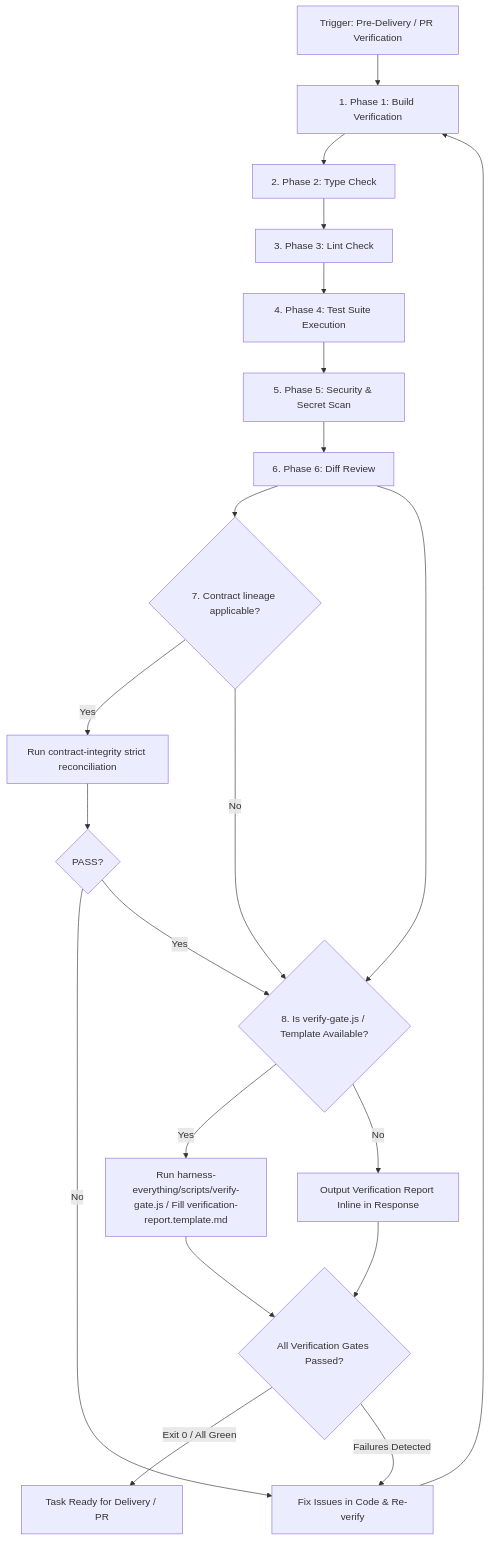
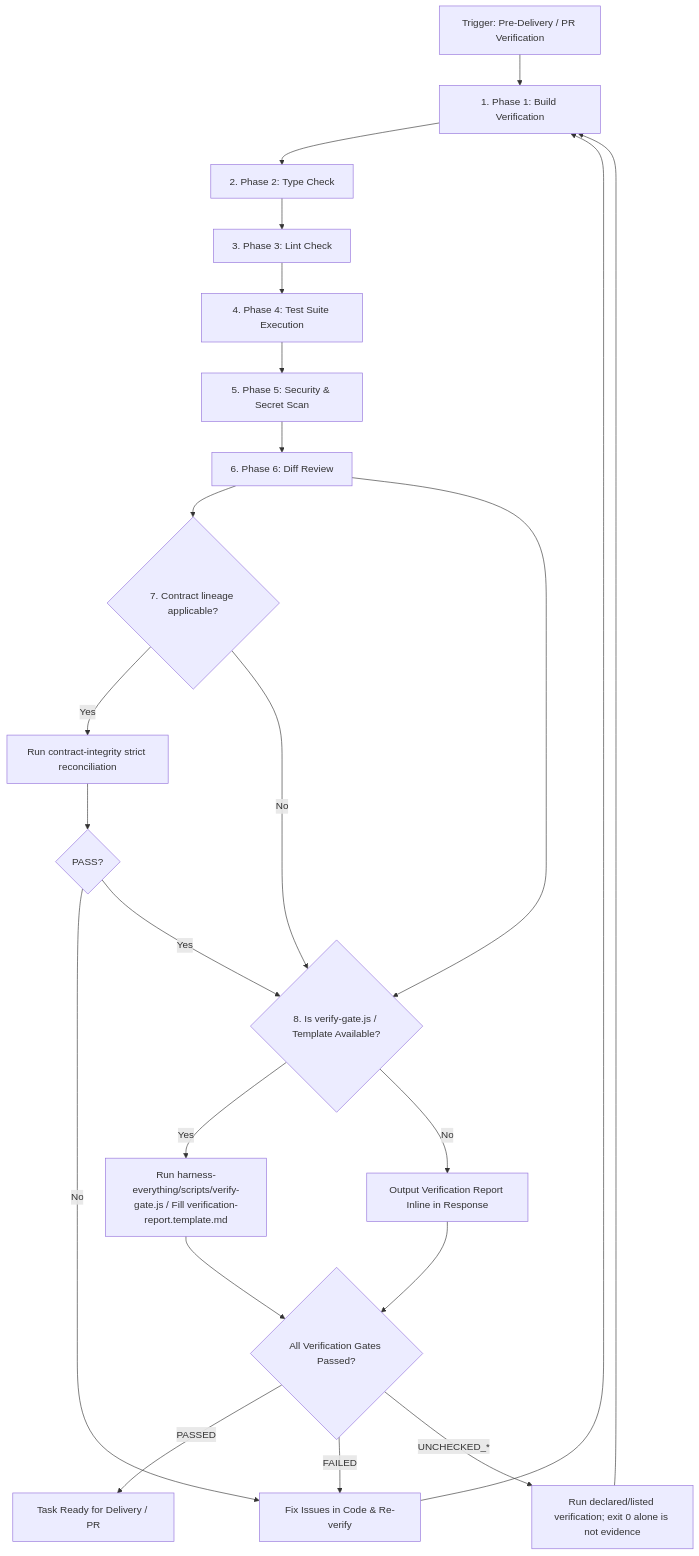
The diagram in verification-loop/references/verification-phases.md (dyphn1/Harness-everything), drawn with Mermaid before and after one commit. The commit also changed other lines of this file, not shown here.

Commit message:
docs(verify): distinguish unchecked from passed evidence

````diff
--- a/verification-loop/references/verification-phases.md
+++ b/verification-loop/references/verification-phases.md
@@ -5,26 +5,27 @@
 ```mermaid
 flowchart TD
     Start[Trigger: Pre-Delivery / PR Verification] --> Build[1. Phase 1: Build Verification]
     Build --> Type[2. Phase 2: Type Check]
     Type --> Lint[3. Phase 3: Lint Check]
     Lint --> Test[4. Phase 4: Test Suite Execution]
     Test --> Security[5. Phase 5: Security & Secret Scan]
     Security --> Diff[6. Phase 6: Diff Review]
     Diff --> Contract{7. Contract lineage applicable?}
     Contract -- Yes --> Reconcile[Run contract-integrity strict reconciliation]
     Contract -- No --> CheckScript
     Reconcile --> ContractResult{PASS?}
     ContractResult -- No --> Fix
     ContractResult -- Yes --> CheckScript
     
     Diff --> CheckScript{8. Is verify-gate.js / Template Available?}
     
     CheckScript -- Yes --> RunScript[Run harness-everything/scripts/verify-gate.js / Fill verification-report.template.md]
     CheckScript -- No --> DirectReport[Output Verification Report Inline in Response]
     
     RunScript --> ReportResult{All Verification Gates Passed?}
     DirectReport --> ReportResult
     
-    ReportResult -- Exit 0 / All Green --> Deliver[Task Ready for Delivery / PR]
-    ReportResult -- Failures Detected --> Fix[Fix Issues in Code & Re-verify] --> Build
+    ReportResult -- PASSED --> Deliver[Task Ready for Delivery / PR]
+    ReportResult -- FAILED --> Fix[Fix Issues in Code & Re-verify] --> Build
+    ReportResult -- UNCHECKED_* --> Manual[Run declared/listed verification; exit 0 alone is not evidence] --> Build
 ```
````
